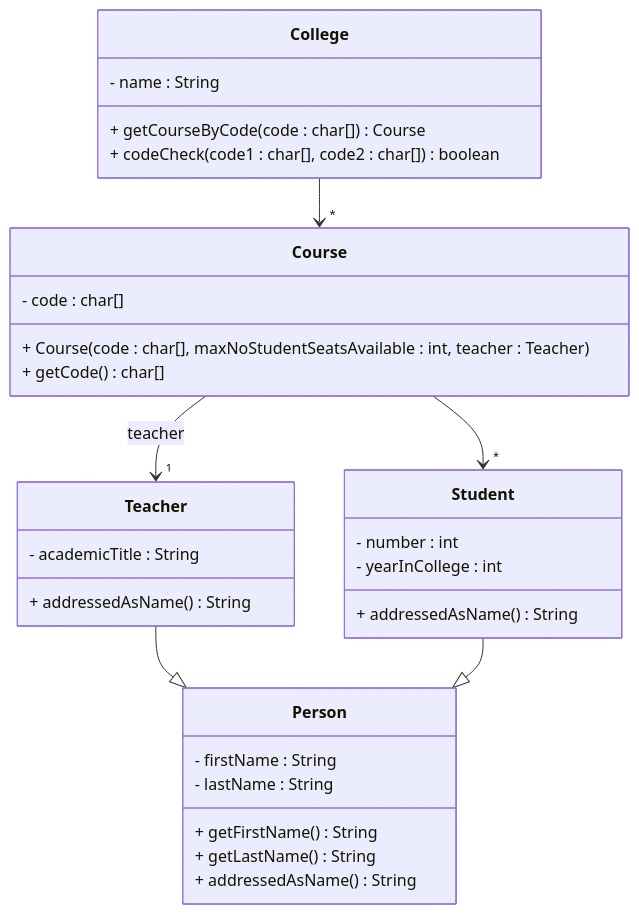
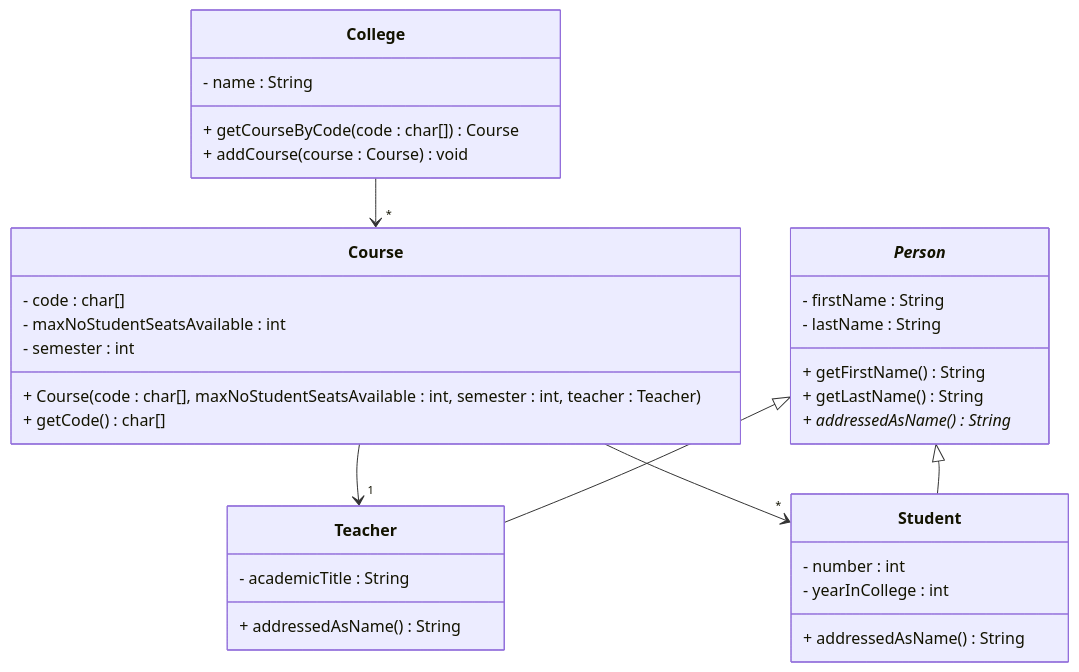
One commit to TroelsMortensen/Codelabs2 changed the diagram in Articles/Session 24 - Exam/003 Exercise 2 - College System.md. Above: the diagram before and after it, drawn with Mermaid. The commit also changed other lines of this file and 5 other files, not shown here.

````diff
--- a/Articles/Session 24 - Exam/003 Exercise 2 - College System.md
+++ b/Articles/Session 24 - Exam/003 Exercise 2 - College System.md
@@ -5,39 +5,41 @@
 ```mermaid
 classDiagram
     class College {
         - name : String
         + getCourseByCode(code : char[]) Course
-        + codeCheck(code1 : char[], code2 : char[]) boolean
+        + addCourse(course : Course) void
     }
     
     class Course {
         - code : char[]
-        + Course(code : char[], maxNoStudentSeatsAvailable : int, teacher : Teacher)
+        - maxNoStudentSeatsAvailable : int
+        - semester : int
+        + Course(code : char[], maxNoStudentSeatsAvailable : int, semester : int, teacher : Teacher)
         + getCode() char[]
     }
     
-    class Person {
+    class _Person_ {
         - firstName : String
         - lastName : String
         + getFirstName() String
         + getLastName() String
-        + addressedAsName() String
+        + addressedAsName()* String
     }
     
     class Teacher {
         - academicTitle : String
         + addressedAsName() String
     }
     
     class Student {
         - number : int
         - yearInCollege : int
         + addressedAsName() String
     }
     
     College --> "*" Course
-    Course --> "1" Teacher : teacher
+    Course --> "1" Teacher 
     Course --> "*" Student
-    Teacher --|> Person
-    Student --|> Person
+    _Person_ <|-- Teacher
+    _Person_ <|-- Student
 ```
````
